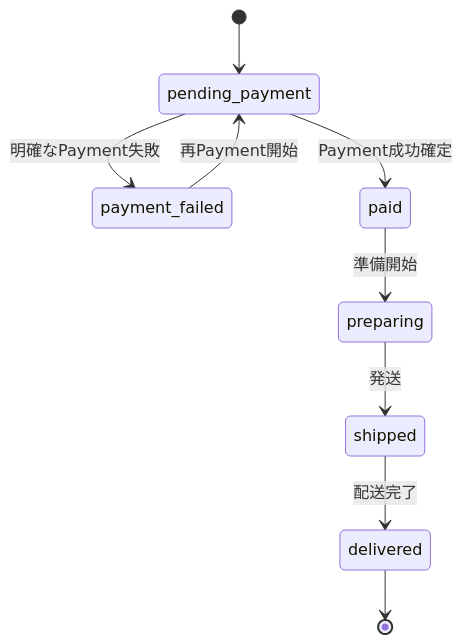
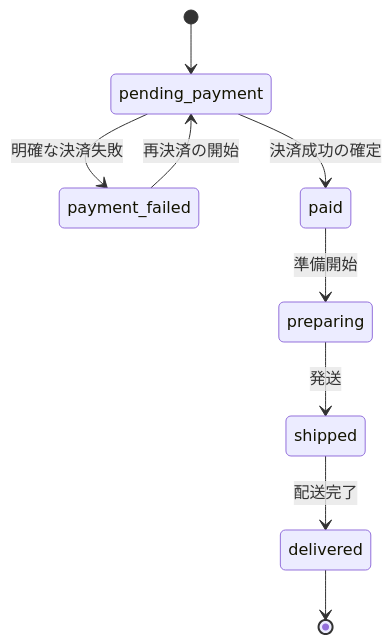
Before and after one commit to ryu-yoshikawa-pro-vision/qa-training-store: the fourth of 8 diagrams in docs/03_domain/state_transitions.md, drawn with Mermaid. The commit also changed other lines of this file and 125 other files, not shown here.

````diff
--- a/docs/03_domain/state_transitions.md
+++ b/docs/03_domain/state_transitions.md
@@ -48,11 +48,11 @@
 ```mermaid
 stateDiagram-v2
   [*] --> pending_payment
-  pending_payment --> payment_failed: 明確なPayment失敗
-  pending_payment --> paid: Payment成功確定
-  payment_failed --> pending_payment: 再Payment開始
+  pending_payment --> payment_failed: 明確な決済失敗
+  pending_payment --> paid: 決済成功の確定
+  payment_failed --> pending_payment: 再決済の開始
   paid --> preparing: 準備開始
   preparing --> shipped: 発送
   shipped --> delivered: 配送完了
   delivered --> [*]
 ```
````
